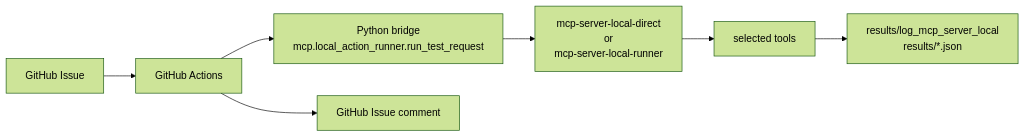
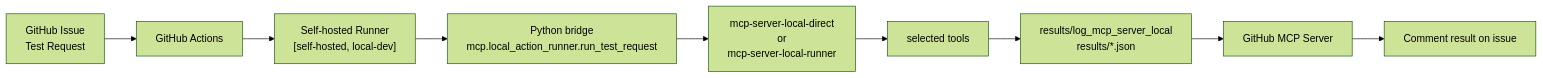
One commit to JeonghunLee/local-ai-agent-mcp changed the second of 2 diagrams in docs/mcp/mcp_server_local.md. Above: the diagram before and after it, drawn with Mermaid (forest theme). The commit also changed 1 other file, not shown here.

````diff
--- a/docs/mcp/mcp_server_local.md
+++ b/docs/mcp/mcp_server_local.md
@@ -115,9 +115,13 @@
 ```mermaid
 flowchart LR
-    A["GitHub Issue"] --> B["GitHub Actions"]
-    B --> C["Python bridge<br/>mcp.local_action_runner.run_test_request"]
-    C --> D["mcp-server-local-direct<br/>or<br/>mcp-server-local-runner"]
-    D --> E["selected tools"]
-    E --> F["results/log_mcp_server_local<br/>results/*.json"]
-    B --> G["GitHub Issue comment"]
+    A["GitHub Issue<br/>Test Request"] --> B["GitHub Actions"]
+
+    B --> D["Self-hosted Runner<br/>[self-hosted, local-dev]"]
+    D --> E["Python bridge<br/>mcp.local_action_runner.run_test_request"]
+    E --> F["mcp-server-local-direct<br/>or<br/>mcp-server-local-runner"]
+    F --> G["selected tools"]
+    G --> I["results/log_mcp_server_local<br/>results/*.json"]
+
+    I --> C["GitHub MCP Server"]
+    C --> H["Comment result on issue"]
 ```
````
